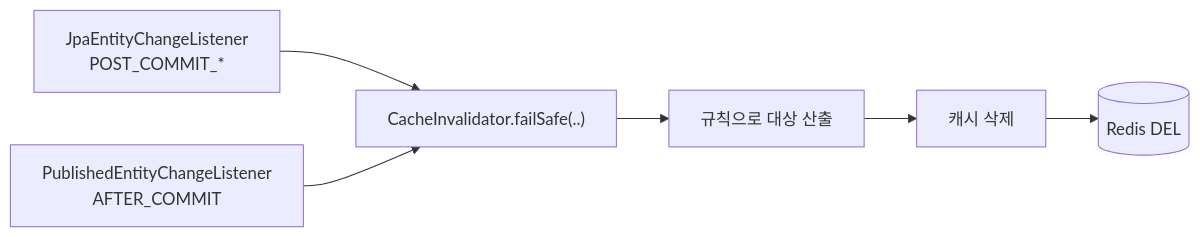
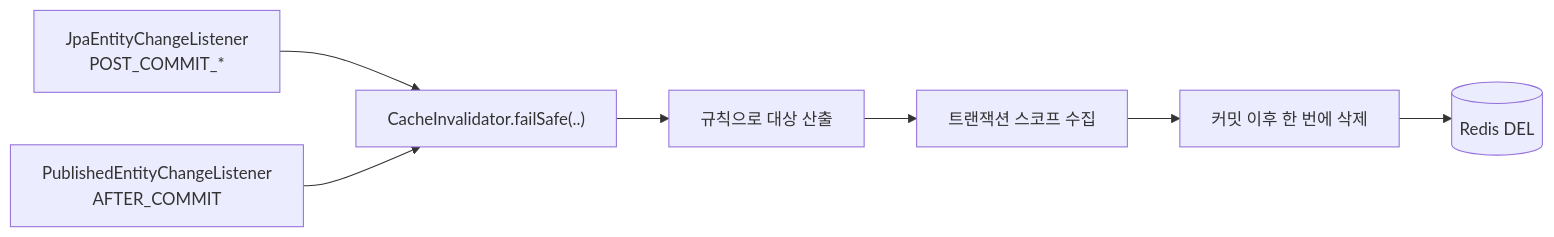
Before and after one commit to gmoon92/toy: the third of 3 diagrams in spring-cache/cache-invalidation-strategy/write-invalidate/README.md, drawn with Mermaid. The commit also changed other lines of this file and 11 other files, not shown here.

````diff
--- a/spring-cache/cache-invalidation-strategy/write-invalidate/README.md
+++ b/spring-cache/cache-invalidation-strategy/write-invalidate/README.md
@@ -93,8 +93,9 @@
 ```mermaid
 flowchart LR
     H["JpaEntityChangeListener<br/>POST_COMMIT_*"] --> S
     P["PublishedEntityChangeListener<br/>AFTER_COMMIT"] --> S
     S["CacheInvalidator.failSafe(..)"] --> RU[규칙으로 대상 산출]
-    RU --> EV[캐시 삭제]
+    RU --> PEND[트랜잭션 스코프 수집]
+    PEND --> EV[커밋 이후 한 번에 삭제]
     EV --> C[(Redis DEL)]
 ```
````
